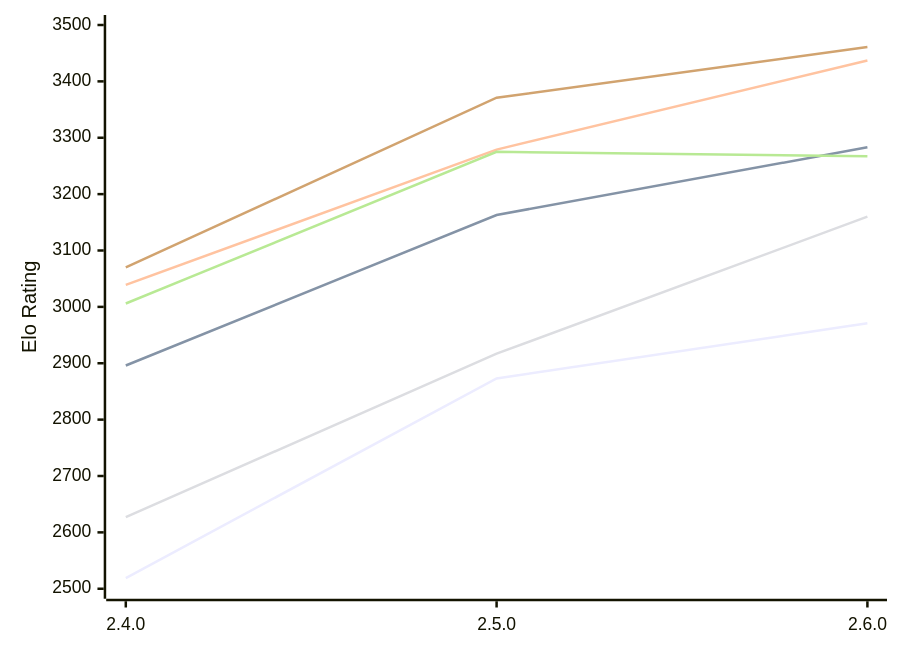
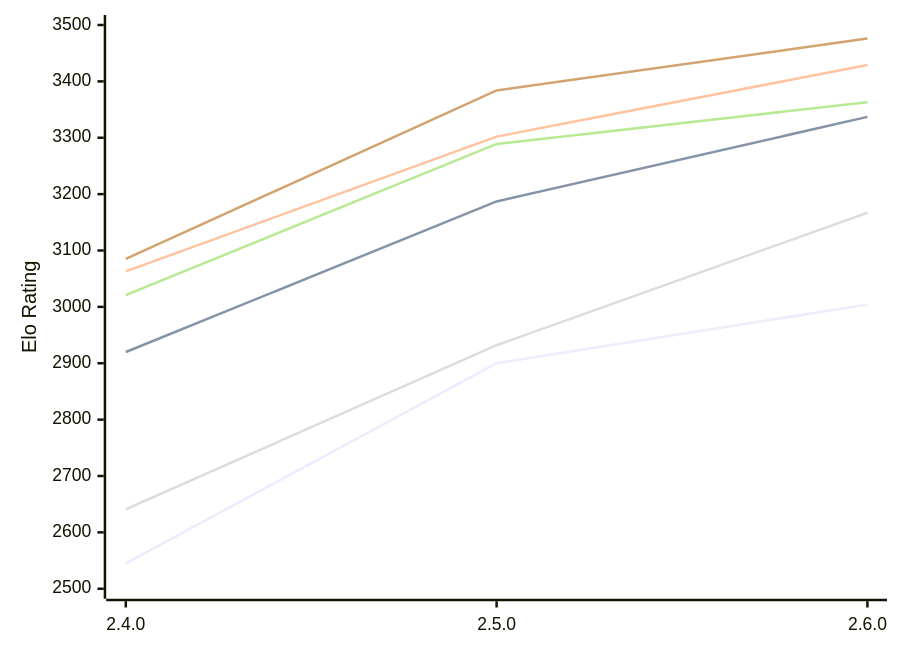
One commit to computer-chess-index/cci changed the diagram in engines/Rarog.md. Above: the diagram before and after it, drawn with Mermaid. The commit also changed other lines of this file, not shown here.

Commit message:
Update CCI Ratings (ELO VLTC) - 2026-10-24

````diff
--- a/engines/Rarog.md
+++ b/engines/Rarog.md
@@ -51,12 +51,12 @@
 ```mermaid
 %%{init: {"theme":"base","themeVariables":{"seriesColors:['#a3a3a3','#222221','#faa371']}}}%%
 xychart-beta
   x-axis ["2.4.0", "2.5.0", "2.6.0"]
   y-axis "Elo Rating" 2500 --> 3500
-  line "E1: STC (8.0+0.08s)" [2519, 2873, 2971]
-  line "E1: LTC (60.0+0.60s)" [2896, 3163, 3283]
-  line "E1: VLTC (2m24s+1.12s)" [3039, 3279, 3437]
-  line "P1: STC (8.0+0.08s)" [2627, 2917, 3160]
-  line "P1: LTC (60.0+0.60s)" [3006, 3275, 3267]
-  line "P1: VLTC (2m24s+1.12s)" [3070, 3371, 3461]
+  line "E1: STC (8.0+0.08s)" [2545, 2900, 3004]
+  line "E1: LTC (60.0+0.60s)" [2920, 3187, 3337]
+  line "E1: VLTC (2m24s+1.12s)" [3063, 3302, 3429]
+  line "P1: STC (8.0+0.08s)" [2641, 2932, 3167]
+  line "P1: LTC (60.0+0.60s)" [3021, 3289, 3363]
+  line "P1: VLTC (2m24s+1.12s)" [3085, 3384, 3476]
 ```
````
